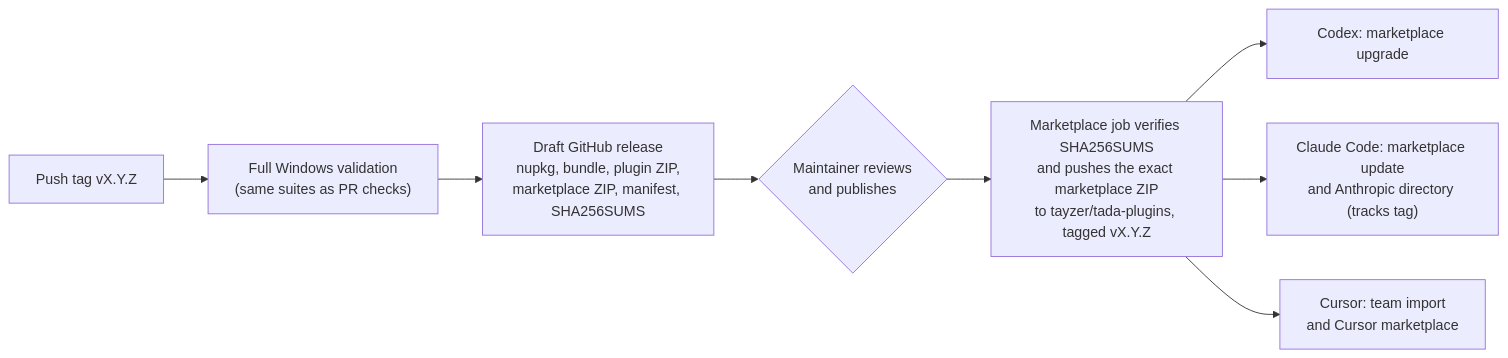
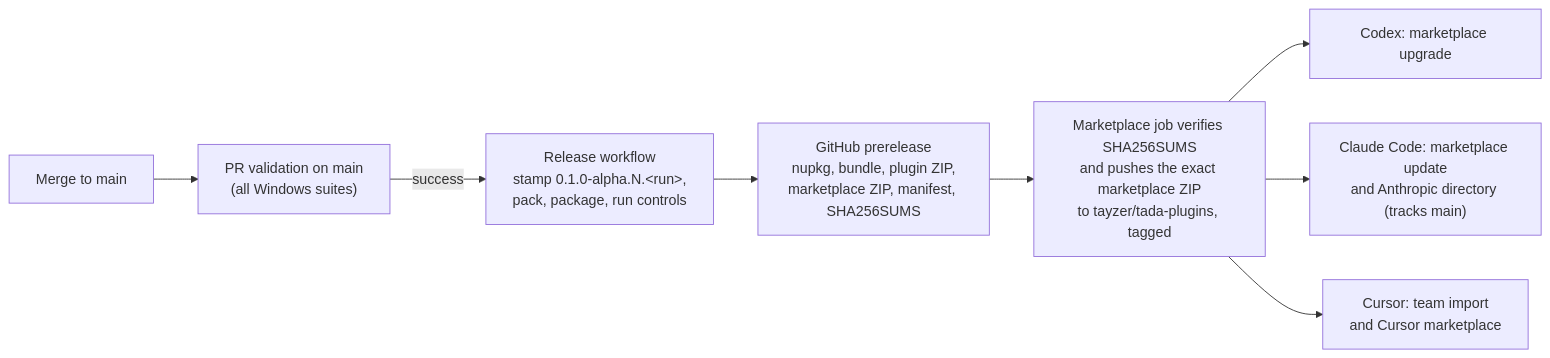
Before and after one commit to tayzer/AAATDD: the diagram in docs/releasing.md, drawn with Mermaid. The commit also changed other lines of this file and 8 other files, not shown here.

First line of the commit message:
feat: publish every validated main build to the plugin marketplace

````diff
--- a/docs/releasing.md
+++ b/docs/releasing.md
@@ -7,10 +7,10 @@
 ```mermaid
 flowchart LR
-    tag["Push tag vX.Y.Z"] --> validate["Full Windows validation<br/>(same suites as PR checks)"]
-    validate --> draft["Draft GitHub release<br/>nupkg, bundle, plugin ZIP,<br/>marketplace ZIP, manifest, SHA256SUMS"]
-    draft --> human{"Maintainer reviews<br/>and publishes"}
-    human --> market["Marketplace job verifies SHA256SUMS<br/>and pushes the exact marketplace ZIP<br/>to tayzer/tada-plugins, tagged vX.Y.Z"]
+    merge["Merge to main"] --> ci["PR validation on main<br/>(all Windows suites)"]
+    ci -- "success" --> package["Release workflow<br/>stamp 0.1.0-alpha.N.&lt;run&gt;,<br/>pack, package, run controls"]
+    package --> gh["GitHub prerelease<br/>nupkg, bundle, plugin ZIP,<br/>marketplace ZIP, manifest, SHA256SUMS"]
+    gh --> market["Marketplace job verifies SHA256SUMS<br/>and pushes the exact marketplace ZIP<br/>to tayzer/tada-plugins, tagged"]
     market --> codex["Codex: marketplace upgrade"]
-    market --> claude["Claude Code: marketplace update<br/>and Anthropic directory (tracks tag)"]
+    market --> claude["Claude Code: marketplace update<br/>and Anthropic directory (tracks main)"]
     market --> cursor["Cursor: team import<br/>and Cursor marketplace"]
 ```
````
